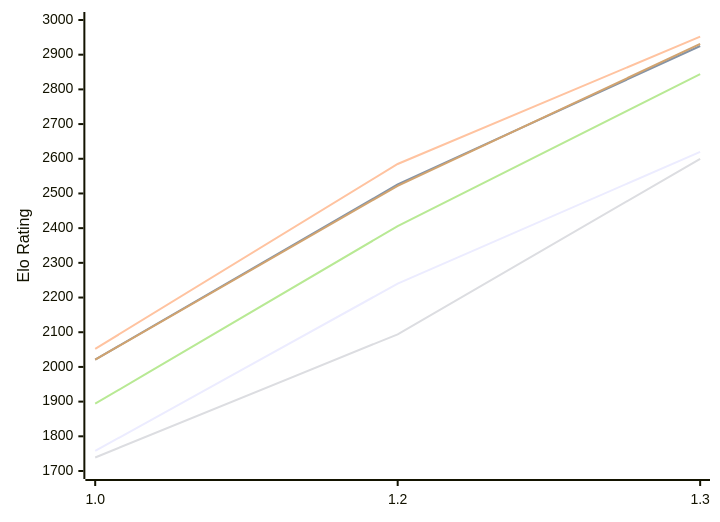
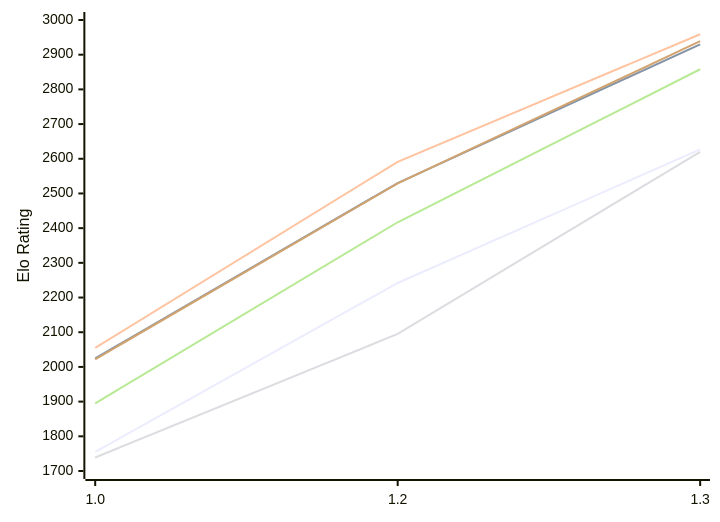
The first of 2 diagrams in engines/Echekinator.md (computer-chess-index/cci), drawn with Mermaid before and after one commit. The commit also changed other lines of this file, not shown here.

Commit message:
Update CCI Ratings (ELO VLTC) - 2026-11-16

````diff
--- a/engines/Echekinator.md
+++ b/engines/Echekinator.md
@@ -52,12 +52,12 @@
 ```mermaid
 %%{init: {"theme":"base","themeVariables":{"seriesColors:['#a3a3a3','#222221','#faa371']}}}%%
 xychart-beta
   x-axis ["1.0", "1.2", "1.3"]
   y-axis "Elo Rating" 1700 --> 3000
-  line "E1: STC (8.0+0.08s)" [1758, 2240, 2620]
-  line "E1: LTC (60.0+0.60s)" [2021, 2526, 2925]
-  line "E1: VLTC (2m24s+1.12s)" [2052, 2585, 2952]
-  line "P1: STC (8.0+0.08s)" [1739, 2094, 2600]
-  line "P1: LTC (60.0+0.60s)" [1894, 2406, 2844]
-  line "P1: VLTC (2m24s+1.12s)" [2021, 2522, 2931]
+  line "E1: STC (8.0+0.08s)" [1755, 2242, 2627]
+  line "E1: LTC (60.0+0.60s)" [2025, 2530, 2930]
+  line "E1: VLTC (2m24s+1.12s)" [2055, 2591, 2959]
+  line "P1: STC (8.0+0.08s)" [1739, 2095, 2620]
+  line "P1: LTC (60.0+0.60s)" [1895, 2417, 2858]
+  line "P1: VLTC (2m24s+1.12s)" [2022, 2529, 2939]
 ```
````
